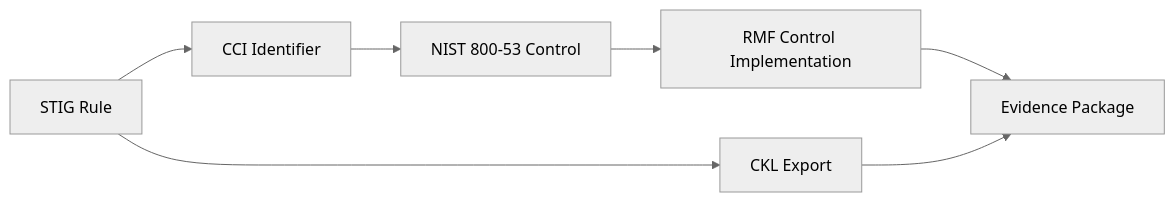
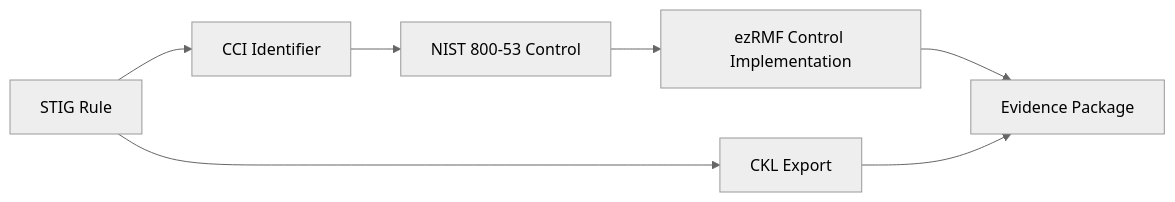
One commit to shebashio/docs changed the diagram in stigmate/ckl-export.mdx. Above: the diagram before and after it, drawn with Mermaid (neutral theme). The commit also changed other lines of this file and 24 other files, not shown here.

First line of the commit message:
feat(docs): rebrand RMF to ezRMF with updated architecture and new pages

````diff
--- a/stigmate/ckl-export.mdx
+++ b/stigmate/ckl-export.mdx
@@ -97,9 +97,9 @@
 ```mermaid
 flowchart LR
     A["STIG Rule"] --> B["CCI Identifier"]
     B --> C["NIST 800-53 Control"]
-    C --> D["RMF Control Implementation"]
+    C --> D["ezRMF Control Implementation"]
     D --> E["Evidence Package"]
     A --> F["CKL Export"]
     F --> E
 ```
````
